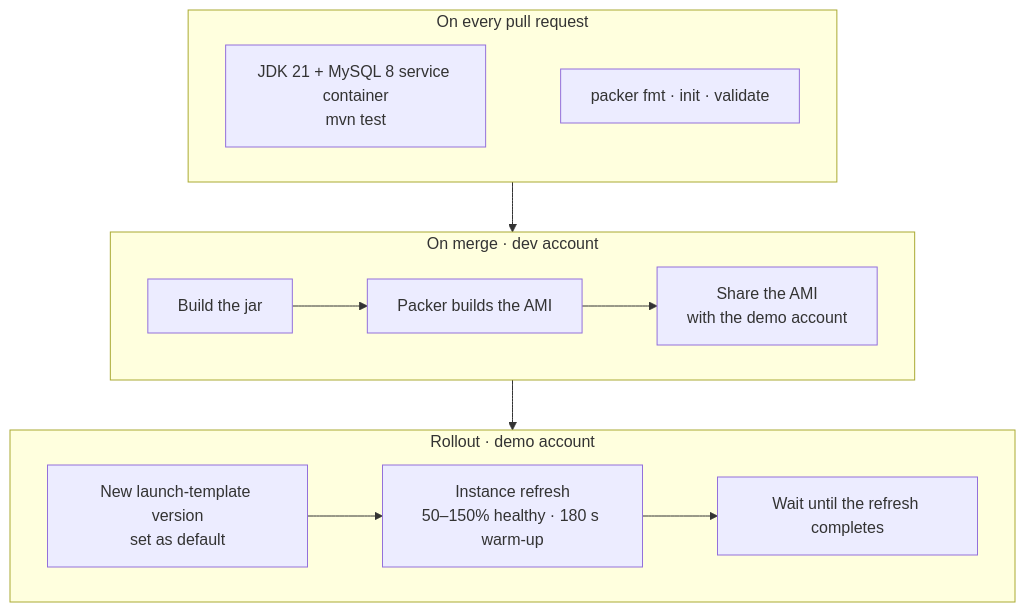
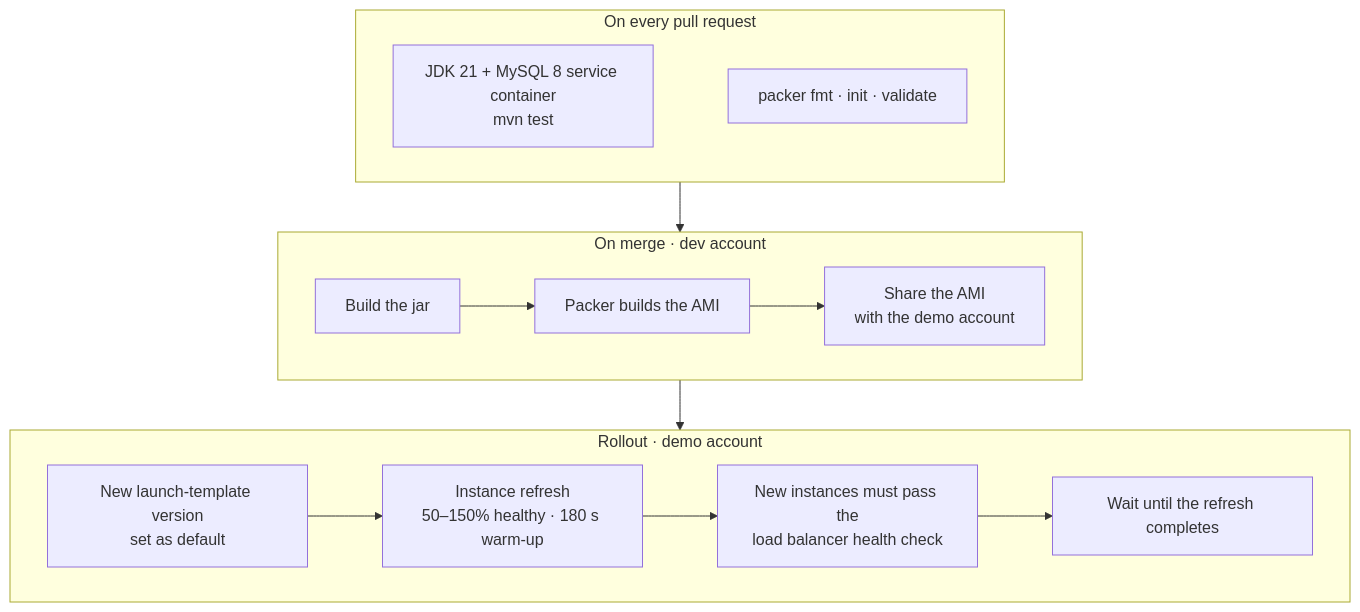
One commit to YigeWang1221/personal_portfolio changed the diagram in content/projects/cloud-native/assets/cicd.mmd. Above: the diagram before and after it, drawn with Mermaid. The commit also changed 87 other files, not shown here.

```diff
--- a/content/projects/cloud-native/assets/cicd.mmd
+++ b/content/projects/cloud-native/assets/cicd.mmd
@@ -1,15 +1,15 @@
 %% CURRENT — the GitHub Actions workflows of the webapp repository (Sep–Nov 2025).
 flowchart TB
   subgraph PR["On every pull request"]
     direction LR
     T1["JDK 21 + MySQL 8 service container<br/>mvn test"] ~~~ T2["packer fmt · init · validate"]
   end
   subgraph Merge["On merge · dev account"]
     direction LR
     B["Build the jar"] --> P["Packer builds the AMI"] --> SH["Share the AMI<br/>with the demo account"]
   end
   subgraph Demo["Rollout · demo account"]
     direction LR
-    LT["New launch-template version<br/>set as default"] --> IR["Instance refresh<br/>50–150% healthy · 180 s warm-up"] --> W["Wait until the refresh completes"]
+    LT["New launch-template version<br/>set as default"] --> IR["Instance refresh<br/>50–150% healthy · 180 s warm-up"] --> HC["New instances must pass the<br/>load balancer health check"] --> W["Wait until the refresh completes"]
   end
   PR --> Merge --> Demo
```
